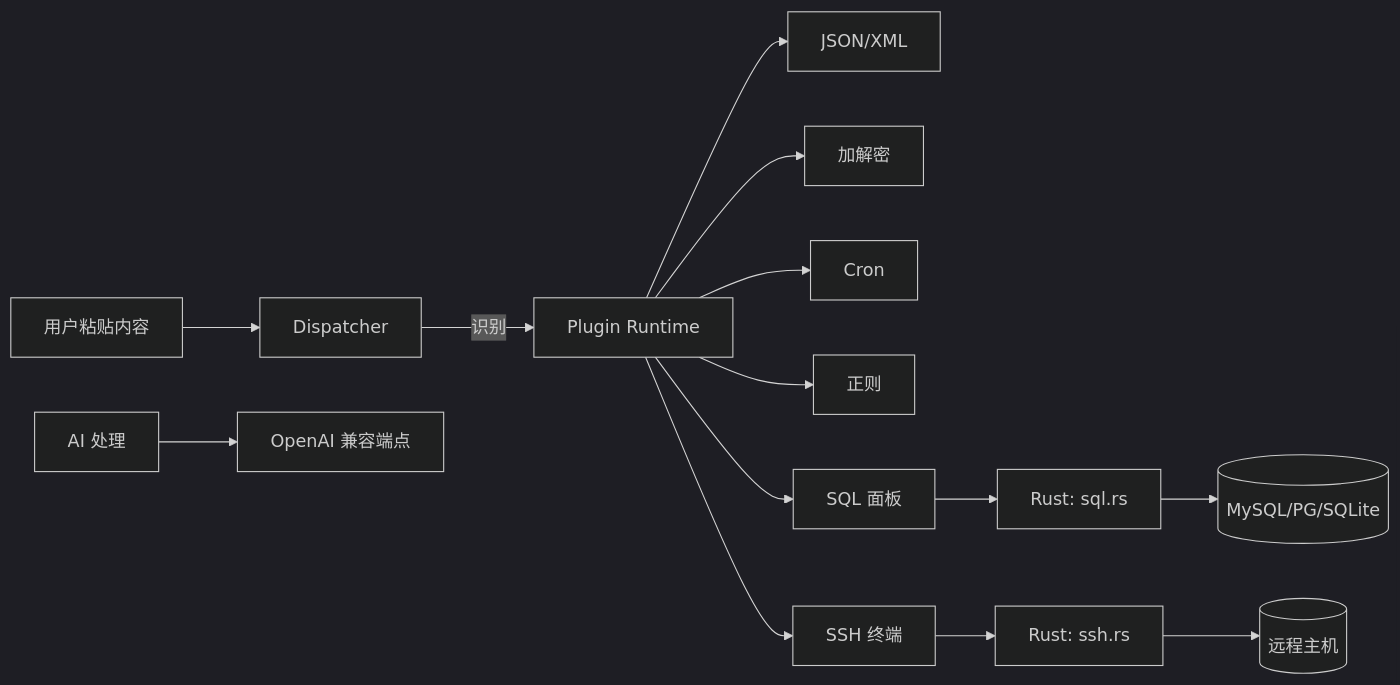
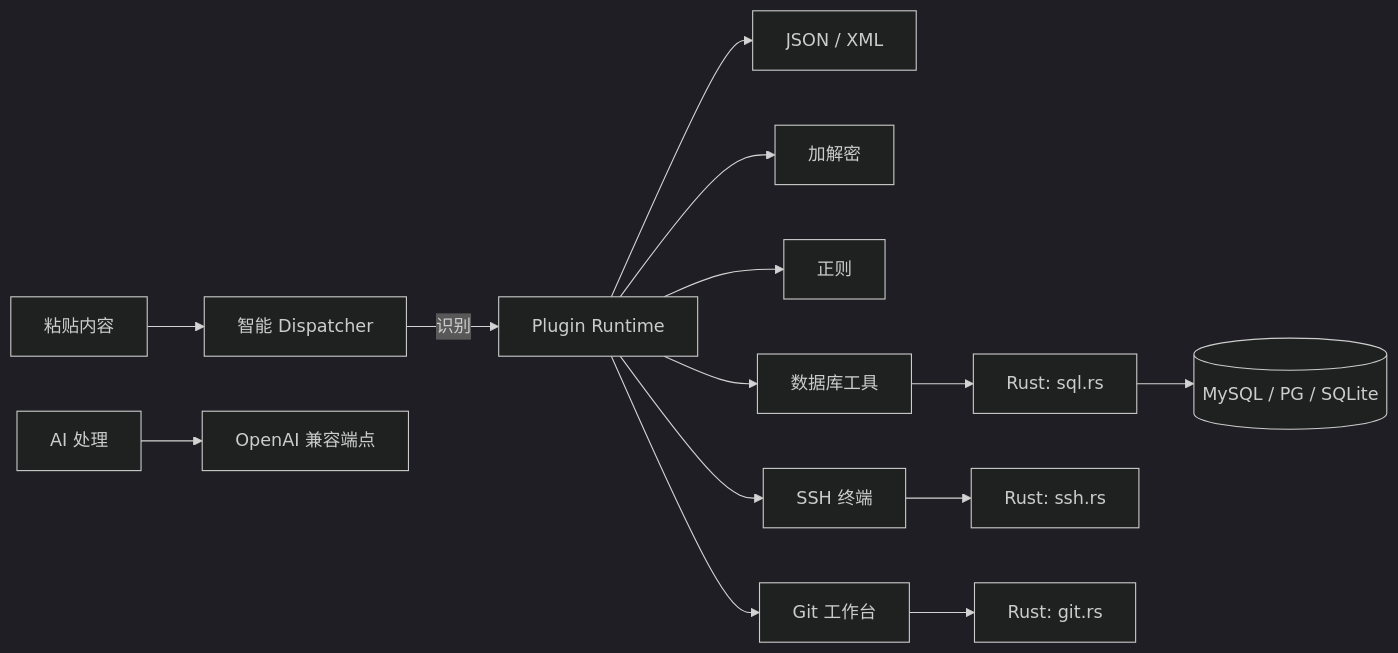
The diagram in README.md (gokeep-projects/spurh), drawn with Mermaid (dark theme) before and after one commit. The commit also changed other lines of this file and 12 other files, not shown here.

````diff
--- a/README.md
+++ b/README.md
@@ -185,16 +139,16 @@
 ```mermaid
 flowchart LR
-  U[用户粘贴内容] --> D[Dispatcher]
+  U[粘贴内容] --> D[智能 Dispatcher]
   D -->|识别| P[Plugin Runtime]
-  P --> JSON[JSON/XML]
+  P --> JSON[JSON / XML]
   P --> CRY[加解密]
-  P --> CRON[Cron]
   P --> REG[正则]
-  P --> SQL[SQL 面板]
+  P --> SQL[数据库工具]
   P --> SSH[SSH 终端]
+  P --> GIT[Git 工作台]
   SQL --> R1[Rust: sql.rs]
   SSH --> R2[Rust: ssh.rs]
-  R1 --> DB[(MySQL/PG/SQLite)]
-  R2 --> NET[(远程主机)]
+  GIT --> R3[Rust: git.rs]
+  R1 --> DB[(MySQL / PG / SQLite)]
   AI[AI 处理] --> GW[OpenAI 兼容端点]
 ```
````
